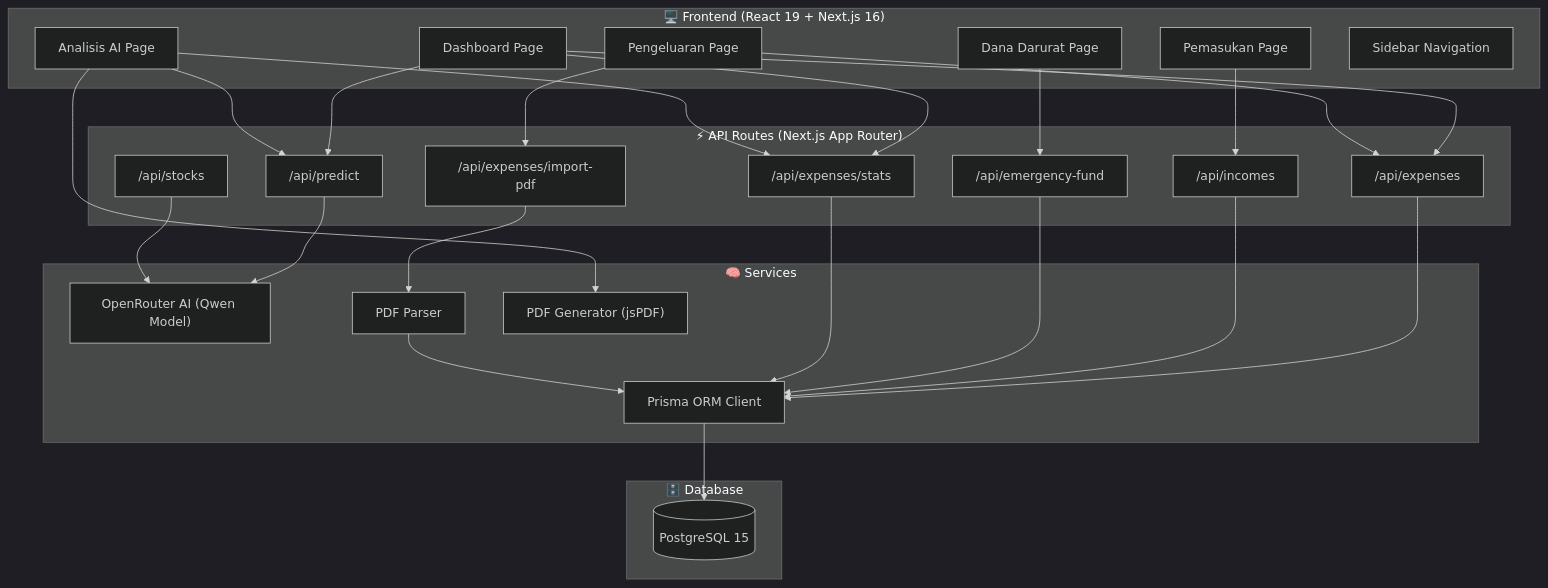
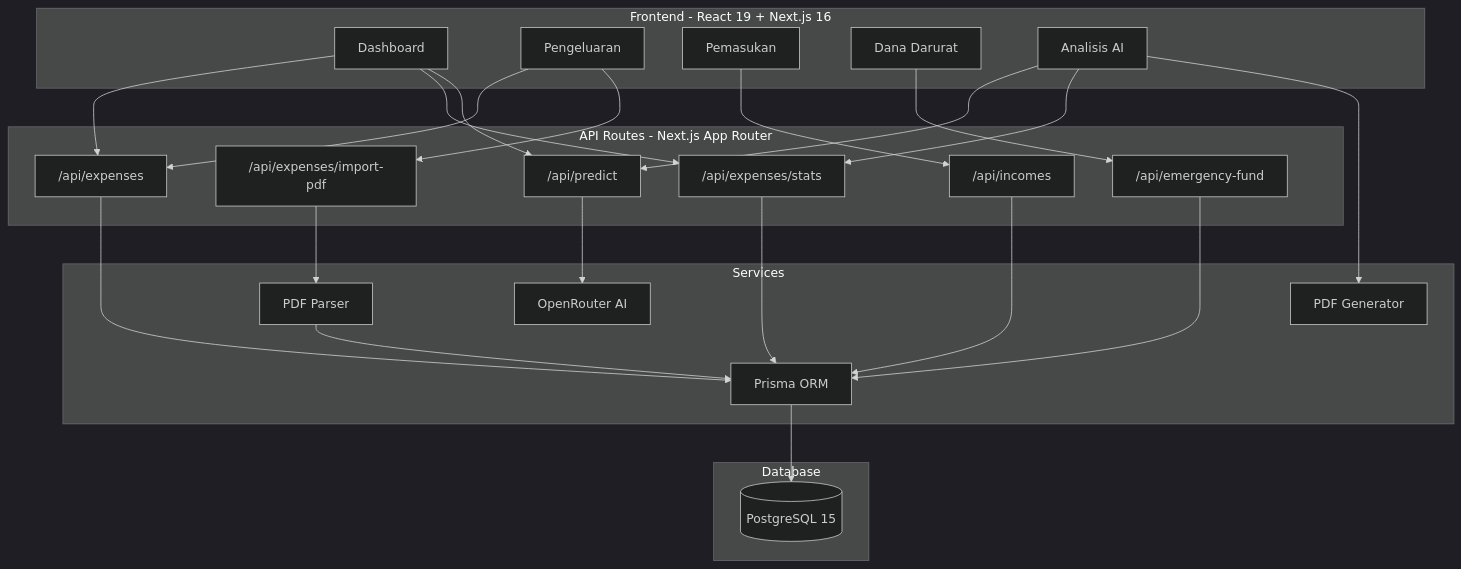
Before and after one commit to HeavenDays/FinTrack-AI: the first of 3 diagrams in README.md, drawn with Mermaid (dark theme). The commit also changed other lines of this file, not shown here.

````diff
--- a/README.md
+++ b/README.md
@@ -83,48 +62,45 @@
 ```mermaid
 graph TB
-    subgraph Client ["🖥️ Frontend (React 19 + Next.js 16)"]
-        A["Dashboard Page"]
-        B["Pengeluaran Page"]
-        C["Pemasukan Page"]
-        D["Dana Darurat Page"]
-        E["Analisis AI Page"]
-        F["Sidebar Navigation"]
+    subgraph Client ["Frontend - React 19 + Next.js 16"]
+        A[Dashboard]
+        B[Pengeluaran]
+        C[Pemasukan]
+        D[Dana Darurat]
+        E[Analisis AI]
     end
 
-    subgraph API ["⚡ API Routes (Next.js App Router)"]
+    subgraph API ["API Routes - Next.js App Router"]
         G["/api/expenses"]
         H["/api/incomes"]
         I["/api/emergency-fund"]
         J["/api/predict"]
         K["/api/expenses/stats"]
         L["/api/expenses/import-pdf"]
-        M["/api/stocks"]
     end
 
-    subgraph Services ["🧠 Services"]
-        N["Prisma ORM Client"]
-        O["OpenRouter AI (Qwen Model)"]
+    subgraph Services ["Services"]
+        N["Prisma ORM"]
+        O["OpenRouter AI"]
         P["PDF Parser"]
-        Q["PDF Generator (jsPDF)"]
+        Q["PDF Generator"]
     end
 
-    subgraph DB ["🗄️ Database"]
+    subgraph DB ["Database"]
         R[("PostgreSQL 15")]
     end
 
     A --> G & K & J
     B --> G & L
     C --> H
     D --> I
     E --> J & K & Q
 
     G --> N
     H --> N
     I --> N
     K --> N
     L --> P --> N
     J --> O
-    M --> O
 
     N --> R
 ```
````
